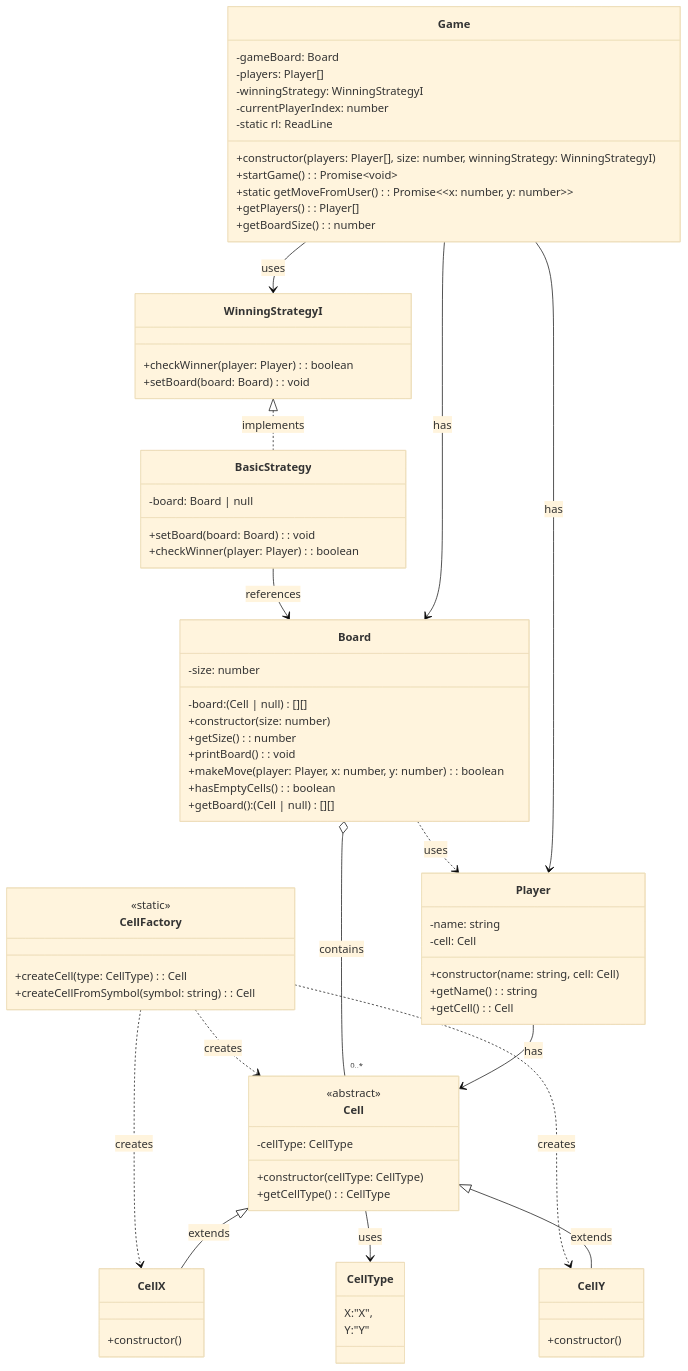
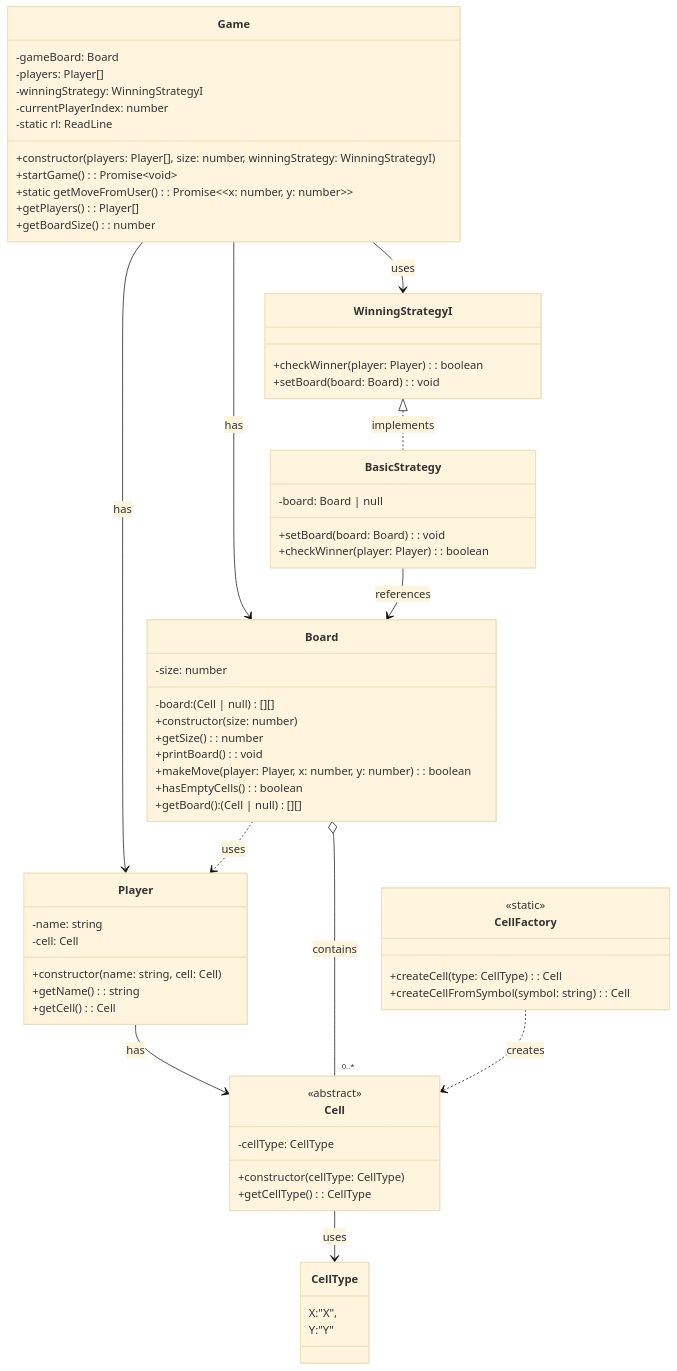
One commit to kashaf12/LLD-in-Typescript changed the diagram in Tic-Tac-Toe/Readme.md. Above: the diagram before and after it, drawn with Mermaid (base theme). The commit also changed other lines of this file and 11 other files, not shown here.

````diff
--- a/Tic-Tac-Toe/Readme.md
+++ b/Tic-Tac-Toe/Readme.md
@@ -45,14 +121,6 @@
         +getCellType(): CellType
     }
 
-    class CellX {
-        +constructor()
-    }
-
-    class CellY {
-        +constructor()
-    }
-
     class CellType {
         X:"X",
         Y:"Y"
@@ -83,10 +151,6 @@
     Board o-- "0..*" Cell : contains
     WinningStrategyI <|.. BasicStrategy : implements
     BasicStrategy --> Board : references
-    Cell <|-- CellX : extends
-    Cell <|-- CellY : extends
     Cell --> CellType : uses
     CellFactory ..> Cell : creates
-    CellFactory ..> CellX : creates
-    CellFactory ..> CellY : creates
 ```
````
